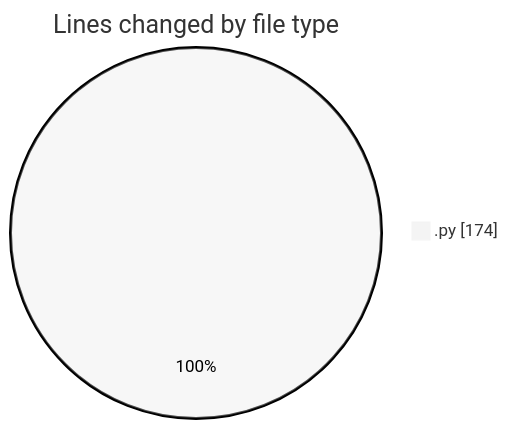
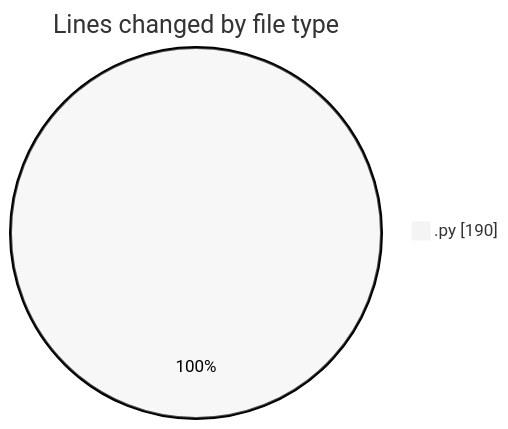
The first of 2 diagrams in 2025-03-26/cisp25/README.md (trdunsworth/code-tracking), drawn with Mermaid (neutral theme) before and after one commit. The commit also changed other lines of this file and 1 other file, not shown here.

````diff
--- a/2025-03-26/cisp25/README.md
+++ b/2025-03-26/cisp25/README.md
@@ -20,5 +20,5 @@
 ```mermaid
 pie showData
 title Lines changed by file type
-".py" : 174
+".py" : 190
 ```
````
